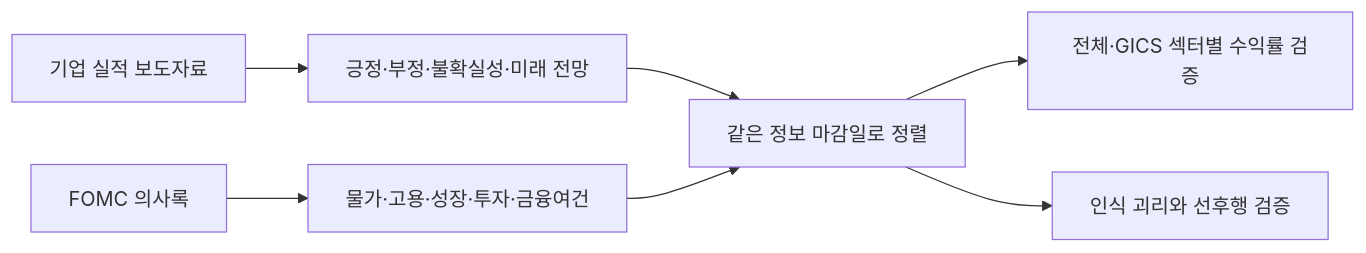
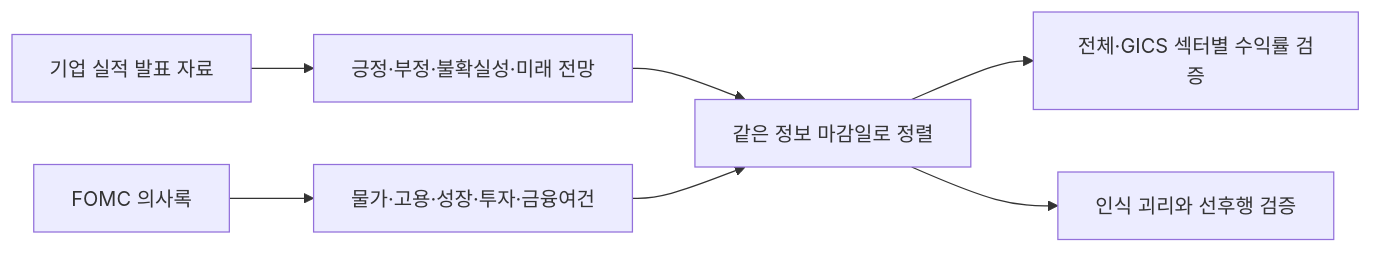
The diagram in README.md (qkryung/DFMBA_FDA_Top-Bottom-Analysis), drawn with Mermaid before and after one commit. The commit also changed other lines of this file and 88 other files, not shown here.

````diff
--- a/README.md
+++ b/README.md
@@ -47,9 +53,9 @@
 ```mermaid
 flowchart LR
-  A[기업 실적 보도자료] --> B[긍정·부정·불확실성·미래 전망]
+  A[기업 실적 발표 자료] --> B[긍정·부정·불확실성·미래 전망]
   C[FOMC 의사록] --> D[물가·고용·성장·투자·금융여건]
   B --> E[같은 정보 마감일로 정렬]
   D --> E
   E --> F[전체·GICS 섹터별 수익률 검증]
   E --> G[인식 괴리와 선후행 검증]
 ```
````
